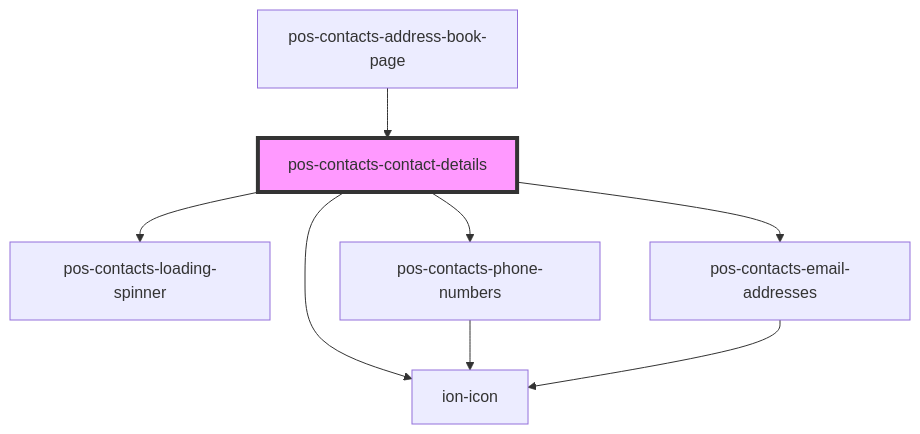
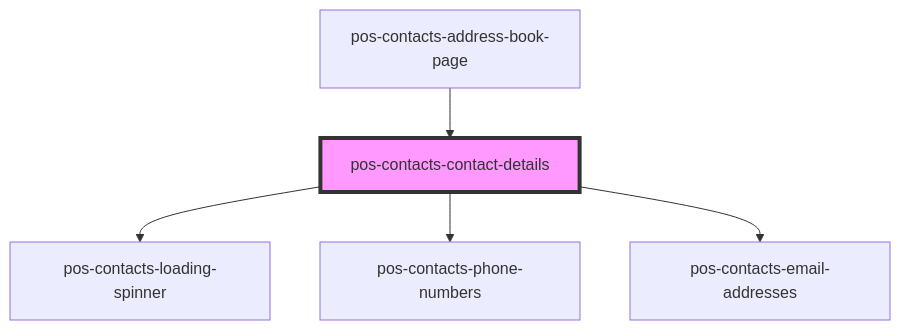
One commit to pod-os/PodOS changed the diagram in contacts/src/components/contact-details/readme.md. Above: the diagram before and after it, drawn with Mermaid. The commit also changed other lines of this file and 8 other files, not shown here.

````diff
--- a/contacts/src/components/contact-details/readme.md
+++ b/contacts/src/components/contact-details/readme.md
@@ -37,11 +36,8 @@
 ```mermaid
 graph TD;
   pos-contacts-contact-details --> pos-contacts-loading-spinner
-  pos-contacts-contact-details --> ion-icon
   pos-contacts-contact-details --> pos-contacts-phone-numbers
   pos-contacts-contact-details --> pos-contacts-email-addresses
-  pos-contacts-phone-numbers --> ion-icon
-  pos-contacts-email-addresses --> ion-icon
   pos-contacts-address-book-page --> pos-contacts-contact-details
   style pos-contacts-contact-details fill:#f9f,stroke:#333,stroke-width:4px
 ```
````
